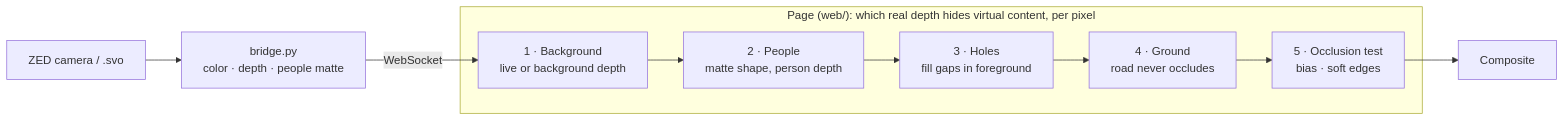
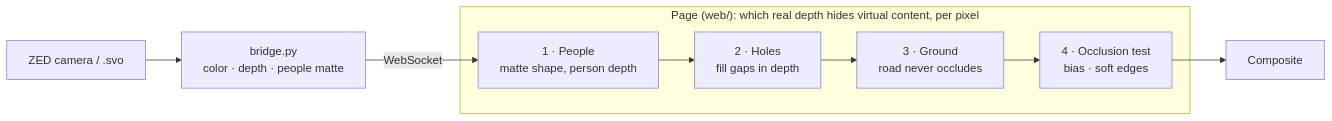
The diagram in README.md (TheoGil/zed-threejs-prototype), drawn with Mermaid before and after one commit. The commit also changed other lines of this file and 6 other files, not shown here.

````diff
--- a/README.md
+++ b/README.md
@@ -9,12 +9,11 @@
 ```mermaid
 flowchart LR
   zed["ZED camera / .svo"] --> bridge["bridge.py<br/>color · depth · people matte"]
-  bridge -- "WebSocket" --> bg
+  bridge -- "WebSocket" --> people
   subgraph page["Page (web/): which real depth hides virtual content, per pixel"]
-    bg["1 · Background<br/>live or background depth"] --> people["2 · People<br/>matte shape, person depth"]
-    people --> holes["3 · Holes<br/>fill gaps in foreground"]
-    holes --> ground["4 · Ground<br/>road never occludes"]
-    ground --> test["5 · Occlusion test<br/>bias · soft edges"]
+    people["1 · People<br/>matte shape, person depth"] --> holes["2 · Holes<br/>fill gaps in depth"]
+    holes --> ground["3 · Ground<br/>road never occludes"]
+    ground --> test["4 · Occlusion test<br/>bias · soft edges"]
   end
   test --> out["Composite"]
 ```
````
